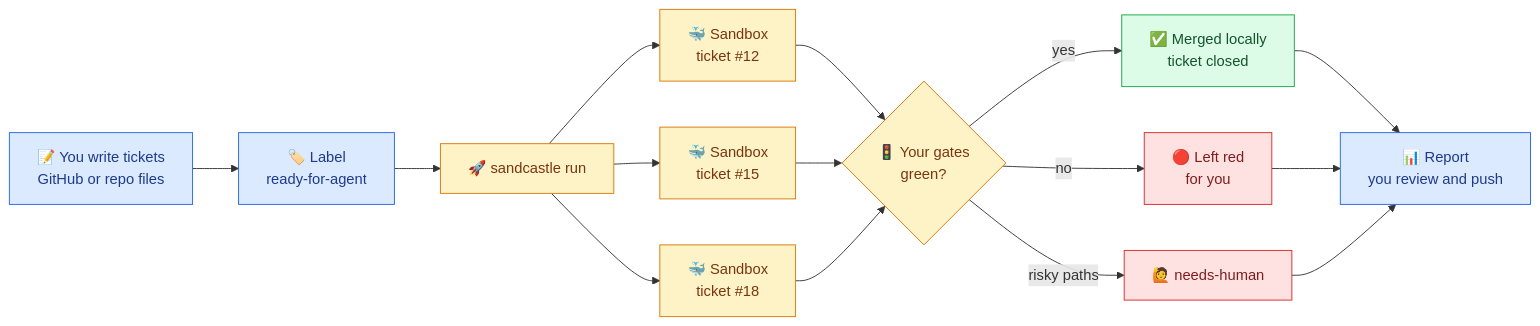
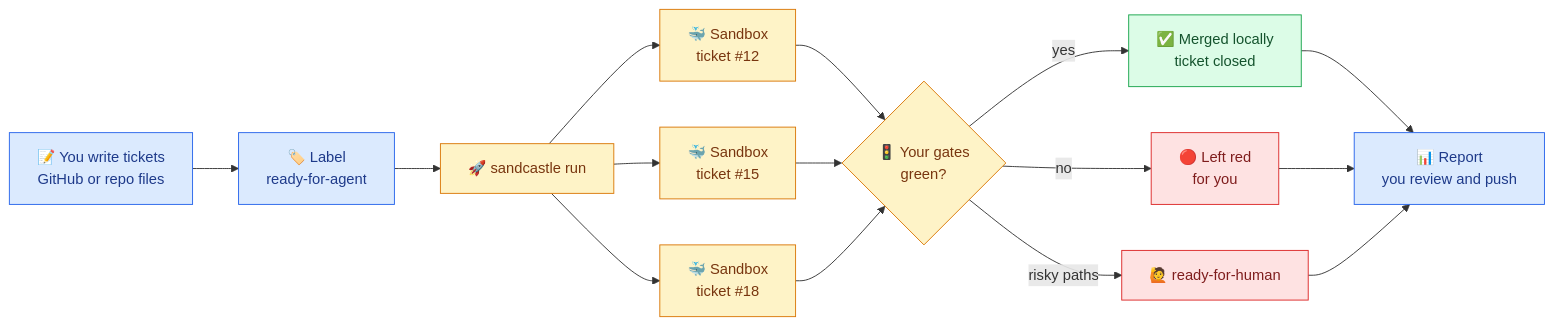
The first of 3 diagrams in README.md (henkisdabro/sandcastle-kit), drawn with Mermaid before and after one commit. The commit also changed other lines of this file and 39 other files, not shown here.

````diff
--- a/README.md
+++ b/README.md
@@ -159,26 +159,26 @@
 ```mermaid
 flowchart LR
     A["📝 You write tickets<br/>GitHub or repo files"] --> B["🏷️ Label<br/>ready-for-agent"]
     B --> C["🚀 sandcastle run"]
     C --> D1["🐳 Sandbox<br/>ticket #12"]
     C --> D2["🐳 Sandbox<br/>ticket #15"]
     C --> D3["🐳 Sandbox<br/>ticket #18"]
     D1 --> E{"🚦 Your gates<br/>green?"}
     D2 --> E
     D3 --> E
     E -- "yes" --> F["✅ Merged locally<br/>ticket closed"]
     E -- "no" --> G["🔴 Left red<br/>for you"]
-    E -- "risky paths" --> H["🙋 needs-human"]
+    E -- "risky paths" --> H["🙋 ready-for-human"]
     F --> I["📊 Report<br/>you review and push"]
     G --> I
     H --> I
 
     classDef you fill:#dbeafe,stroke:#2563eb,color:#1e3a8a
     classDef kit fill:#fef3c7,stroke:#d97706,color:#78350f
     classDef ok fill:#dcfce7,stroke:#16a34a,color:#14532d
     classDef bad fill:#fee2e2,stroke:#dc2626,color:#7f1d1d
     class A,B,I you
     class C,D1,D2,D3,E kit
     class F ok
     class G,H bad
 ```
````
